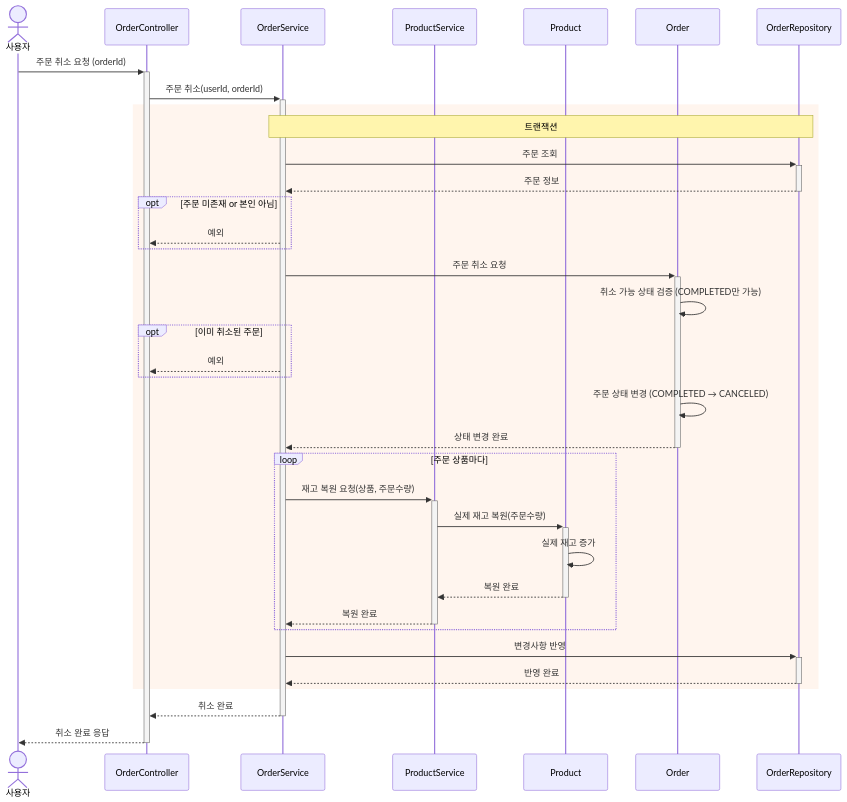
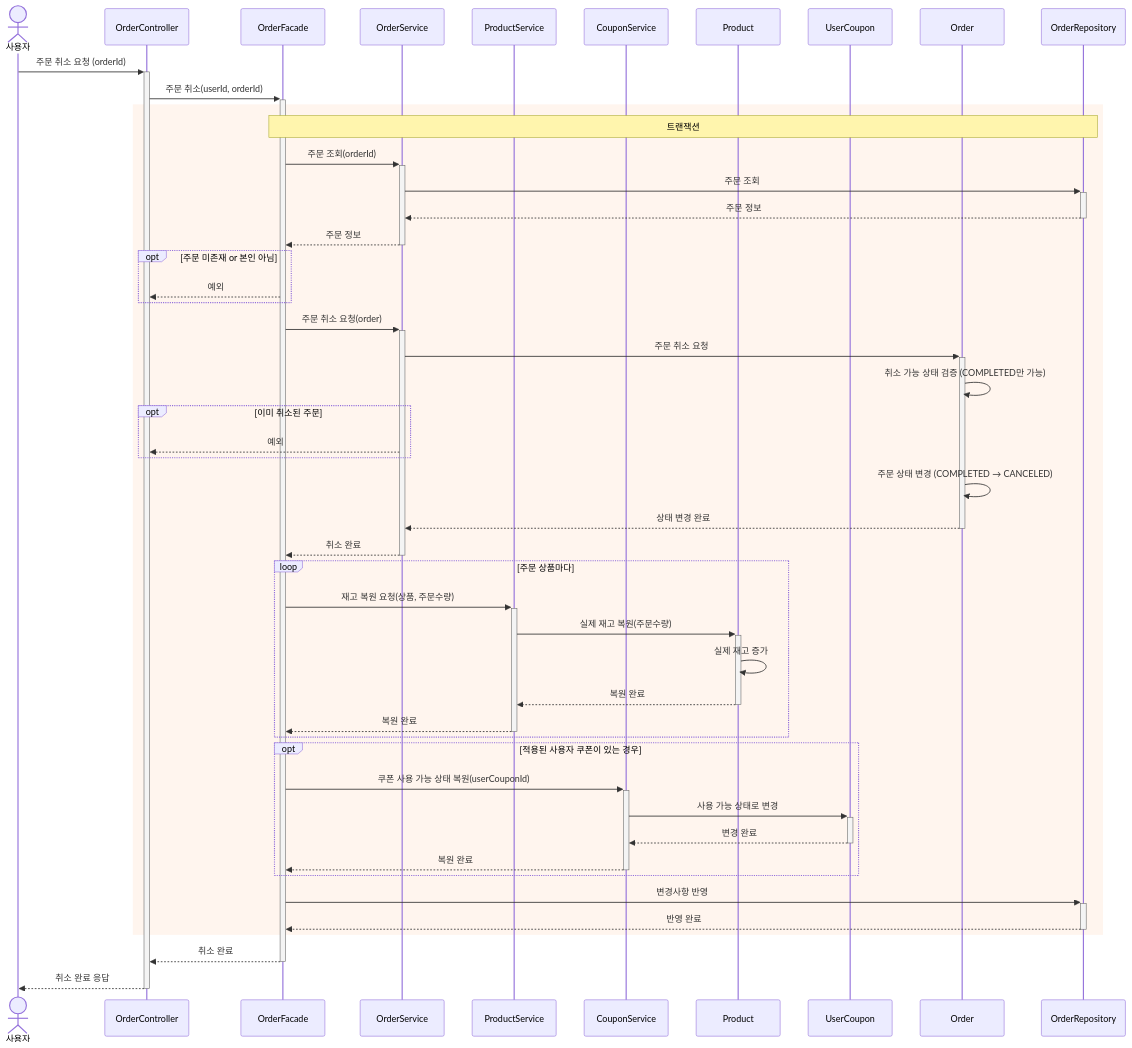
Diagram 19 of 31 in docs/design/02-sequence-diagrams.md (kimjunyoung90/loop-pack-be-l2-vol3-java), drawn with Mermaid before and after one commit. The commit also changed other lines of this file and 3 other files, not shown here.

````diff
--- a/docs/design/02-sequence-diagrams.md
+++ b/docs/design/02-sequence-diagrams.md
@@ -648,47 +690,61 @@
 ```mermaid
 sequenceDiagram
     actor User as 사용자
     participant OC as OrderController
+    participant OF as OrderFacade
     participant OS as OrderService
     participant PS as ProductService
+    participant CS as CouponService
     participant P as Product
+    participant UC as UserCoupon
     participant O as Order
     participant OR as OrderRepository
 
     User->>+OC: 주문 취소 요청 (orderId)
-    OC->>+OS: 주문 취소(userId, orderId)
+    OC->>+OF: 주문 취소(userId, orderId)
 
     rect rgb(255, 245, 238)
-        Note over OS, OR: 트랜잭션
+        Note over OF, OR: 트랜잭션
+        OF->>+OS: 주문 조회(orderId)
         OS->>+OR: 주문 조회
         OR-->>-OS: 주문 정보
+        OS-->>-OF: 주문 정보
 
         opt 주문 미존재 or 본인 아님
-            OS-->>OC: 예외
+            OF-->>OC: 예외
         end
 
+        OF->>+OS: 주문 취소 요청(order)
         OS->>+O: 주문 취소 요청
         O->>O: 취소 가능 상태 검증 (COMPLETED만 가능)
 
         opt 이미 취소된 주문
             OS-->>OC: 예외
         end
 
         O->>O: 주문 상태 변경 (COMPLETED → CANCELED)
         O-->>-OS: 상태 변경 완료
+        OS-->>-OF: 취소 완료
 
         loop 주문 상품마다
-            OS->>+PS: 재고 복원 요청(상품, 주문수량)
+            OF->>+PS: 재고 복원 요청(상품, 주문수량)
             PS->>+P: 실제 재고 복원(주문수량)
             P->>P: 실제 재고 증가
             P-->>-PS: 복원 완료
-            PS-->>-OS: 복원 완료
+            PS-->>-OF: 복원 완료
         end
 
-        OS->>+OR: 변경사항 반영
-        OR-->>-OS: 반영 완료
+        opt 적용된 사용자 쿠폰이 있는 경우
+            OF->>+CS: 쿠폰 사용 가능 상태 복원(userCouponId)
+            CS->>+UC: 사용 가능 상태로 변경
+            UC-->>-CS: 변경 완료
+            CS-->>-OF: 복원 완료
+        end
+
+        OF->>+OR: 변경사항 반영
+        OR-->>-OF: 반영 완료
     end
 
-    OS-->>-OC: 취소 완료
+    OF-->>-OC: 취소 완료
     OC-->>-User: 취소 완료 응답
 ```
````
